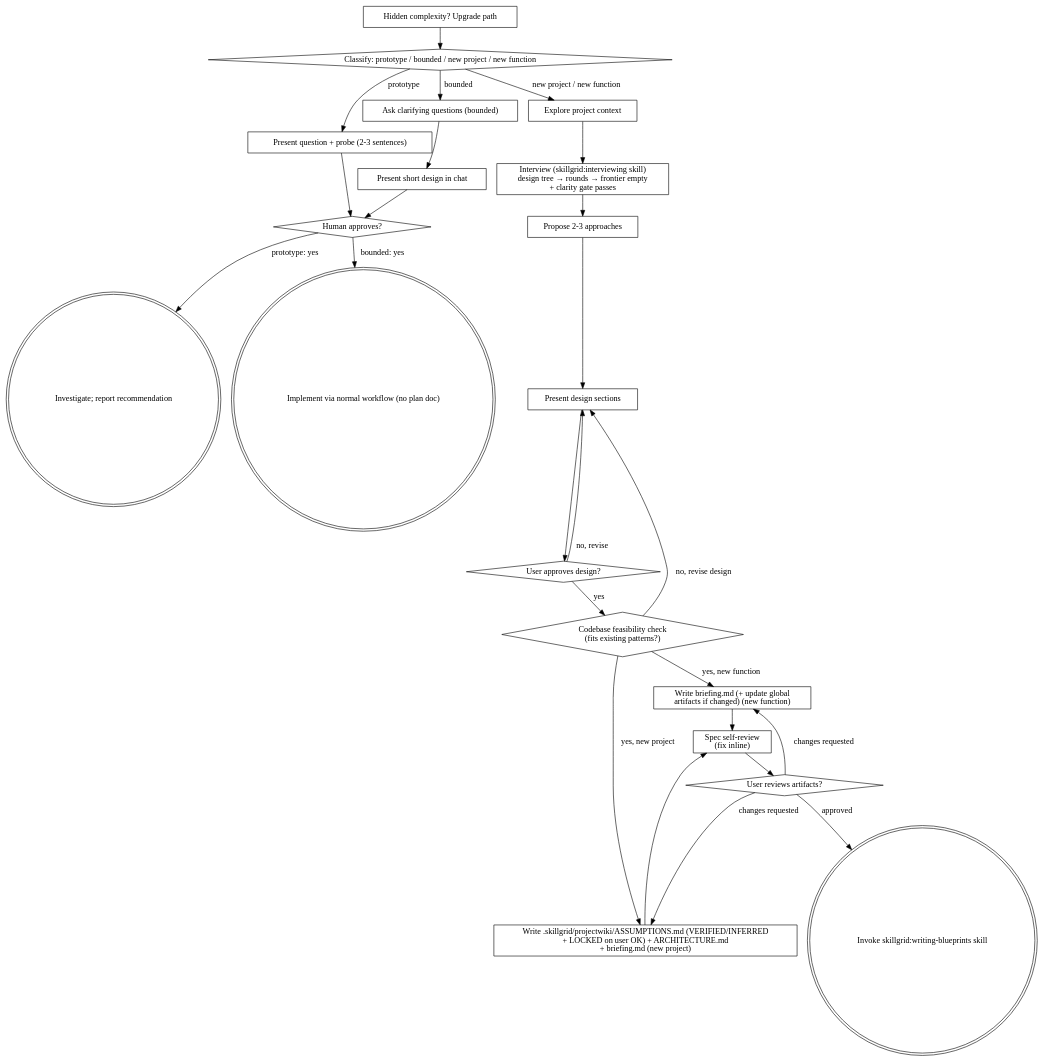
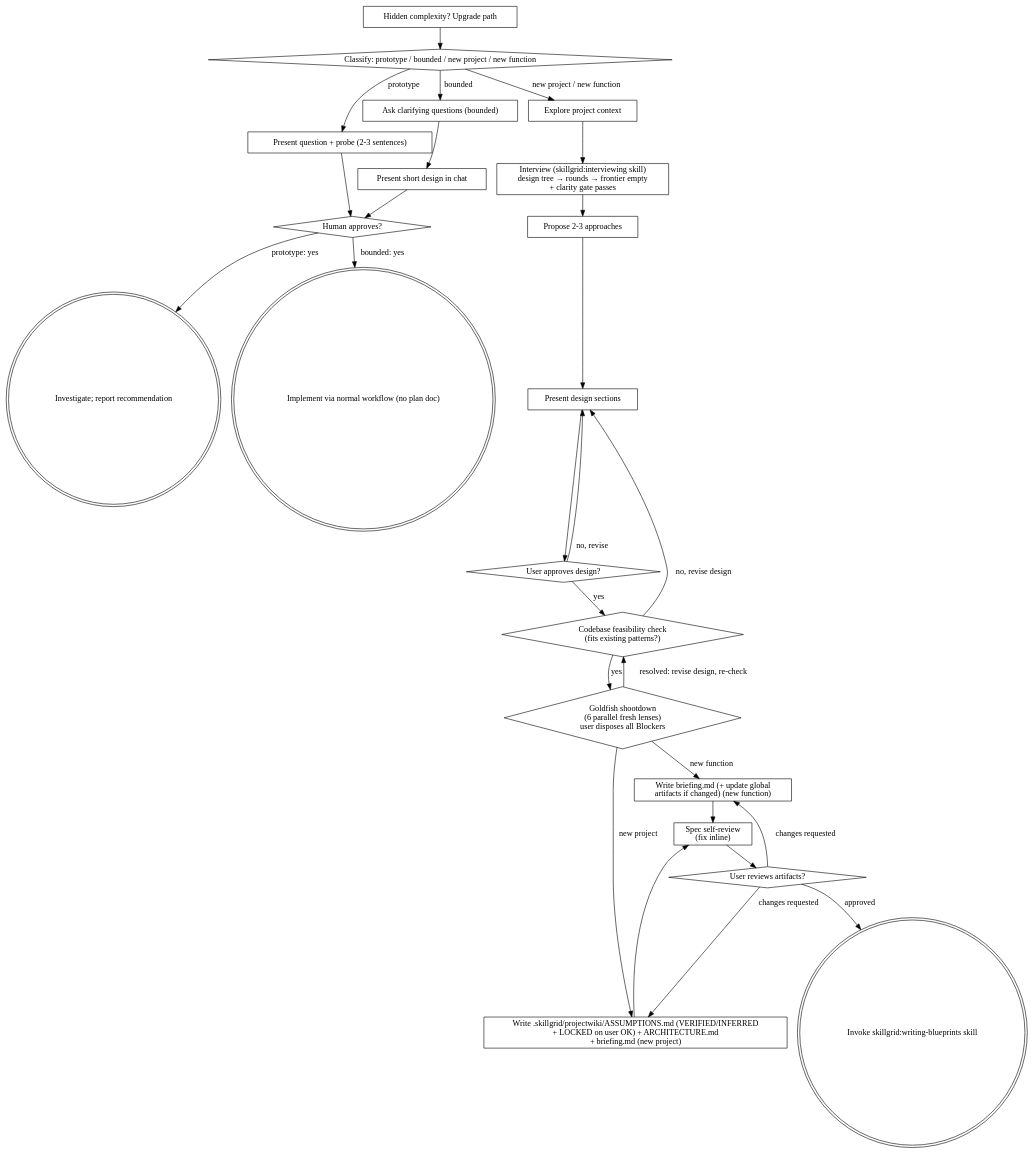
Before and after one commit to devopstales/skillgrid: the diagram in .agents/skills/brainstorming/references/paths.md, drawn with Graphviz. The commit also changed other lines of this file and 1 other file, not shown here.

First line of the commit message:
feat(skills): brainstorming paths gate on the shootdown; anti-sycophancy section

````diff
--- a/.agents/skills/brainstorming/references/paths.md
+++ b/.agents/skills/brainstorming/references/paths.md
@@ -57,48 +59,51 @@
 ```dot
 digraph brainstorming {
     "Classify: prototype / bounded / new project / new function" [shape=diamond];
     "Present question + probe (2-3 sentences)" [shape=box];
     "Ask clarifying questions (bounded)" [shape=box];
     "Present short design in chat" [shape=box];
     "Human approves?" [shape=diamond];
     "Investigate; report recommendation" [shape=doublecircle];
     "Implement via normal workflow (no plan doc)" [shape=doublecircle];
     "Explore project context" [shape=box];
     "Interview (skillgrid:interviewing skill)\ndesign tree → rounds → frontier empty\n+ clarity gate passes" [shape=box];
     "Propose 2-3 approaches" [shape=box];
     "Present design sections" [shape=box];
     "User approves design?" [shape=diamond];
     "Codebase feasibility check\n(fits existing patterns?)" [shape=diamond];
+    "Goldfish shootdown\n(6 parallel fresh lenses)\nuser disposes all Blockers" [shape=diamond];
     "Write .skillgrid/projectwiki/ASSUMPTIONS.md (VERIFIED/INFERRED\n+ LOCKED on user OK) + ARCHITECTURE.md\n+ briefing.md (new project)" [shape=box];
     "Write briefing.md (+ update global\nartifacts if changed) (new function)" [shape=box];
     "Spec self-review\n(fix inline)" [shape=box];
     "User reviews artifacts?" [shape=diamond];
     "Invoke skillgrid:writing-blueprints skill" [shape=doublecircle];
     "Hidden complexity? Upgrade path" [shape=box];
 
     "Classify: prototype / bounded / new project / new function" -> "Present question + probe (2-3 sentences)" [label="prototype"];
     "Classify: prototype / bounded / new project / new function" -> "Ask clarifying questions (bounded)" [label="bounded"];
     "Classify: prototype / bounded / new project / new function" -> "Explore project context" [label="new project / new function"];
     "Present question + probe (2-3 sentences)" -> "Human approves?";
     "Ask clarifying questions (bounded)" -> "Present short design in chat";
     "Present short design in chat" -> "Human approves?";
     "Human approves?" -> "Investigate; report recommendation" [label="prototype: yes"];
     "Human approves?" -> "Implement via normal workflow (no plan doc)" [label="bounded: yes"];
     "Hidden complexity? Upgrade path" -> "Classify: prototype / bounded / new project / new function";
     "Explore project context" -> "Interview (skillgrid:interviewing skill)\ndesign tree → rounds → frontier empty\n+ clarity gate passes";
     "Interview (skillgrid:interviewing skill)\ndesign tree → rounds → frontier empty\n+ clarity gate passes" -> "Propose 2-3 approaches";
     "Propose 2-3 approaches" -> "Present design sections";
     "Present design sections" -> "User approves design?";
     "User approves design?" -> "Present design sections" [label="no, revise"];
     "User approves design?" -> "Codebase feasibility check\n(fits existing patterns?)" [label="yes"];
     "Codebase feasibility check\n(fits existing patterns?)" -> "Present design sections" [label="no, revise design"];
-    "Codebase feasibility check\n(fits existing patterns?)" -> "Write .skillgrid/projectwiki/ASSUMPTIONS.md (VERIFIED/INFERRED\n+ LOCKED on user OK) + ARCHITECTURE.md\n+ briefing.md (new project)" [label="yes, new project"];
-    "Codebase feasibility check\n(fits existing patterns?)" -> "Write briefing.md (+ update global\nartifacts if changed) (new function)" [label="yes, new function"];
+    "Codebase feasibility check\n(fits existing patterns?)" -> "Goldfish shootdown\n(6 parallel fresh lenses)\nuser disposes all Blockers" [label="yes"];
+    "Goldfish shootdown\n(6 parallel fresh lenses)\nuser disposes all Blockers" -> "Codebase feasibility check\n(fits existing patterns?)" [label="resolved: revise design, re-check"];
+    "Goldfish shootdown\n(6 parallel fresh lenses)\nuser disposes all Blockers" -> "Write .skillgrid/projectwiki/ASSUMPTIONS.md (VERIFIED/INFERRED\n+ LOCKED on user OK) + ARCHITECTURE.md\n+ briefing.md (new project)" [label="new project"];
+    "Goldfish shootdown\n(6 parallel fresh lenses)\nuser disposes all Blockers" -> "Write briefing.md (+ update global\nartifacts if changed) (new function)" [label="new function"];
     "Write .skillgrid/projectwiki/ASSUMPTIONS.md (VERIFIED/INFERRED\n+ LOCKED on user OK) + ARCHITECTURE.md\n+ briefing.md (new project)" -> "Spec self-review\n(fix inline)";
     "Write briefing.md (+ update global\nartifacts if changed) (new function)" -> "Spec self-review\n(fix inline)";
     "Spec self-review\n(fix inline)" -> "User reviews artifacts?";
     "User reviews artifacts?" -> "Write .skillgrid/projectwiki/ASSUMPTIONS.md (VERIFIED/INFERRED\n+ LOCKED on user OK) + ARCHITECTURE.md\n+ briefing.md (new project)" [label="changes requested"];
     "User reviews artifacts?" -> "Write briefing.md (+ update global\nartifacts if changed) (new function)" [label="changes requested"];
     "User reviews artifacts?" -> "Invoke skillgrid:writing-blueprints skill" [label="approved"];
 }
 ```
````
